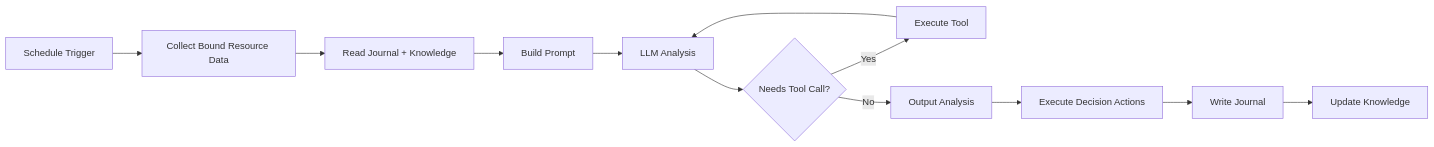
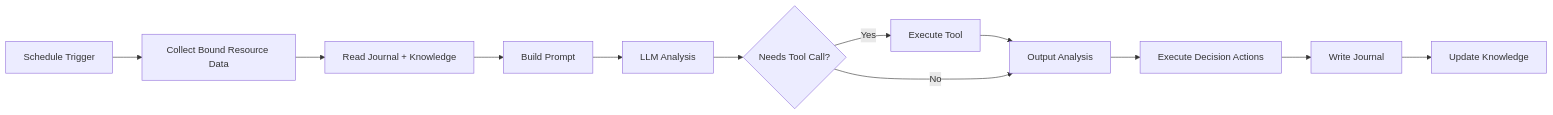
The diagram in i18n/en/docusaurus-plugin-content-docs/current/0-neomind/user-guide/6-ai-agent.md (luommy/wiki-documents), drawn with Mermaid before and after one commit. The commit also changed other lines of this file and 1 other file, not shown here.

Commit message:
fix(docs): remove dagre-crashing back-edge in AI Agent flowchart
The G→E back-edge created a cycle that crashed dagre's network-simplex
ranker with "Cannot read properties of undefined (reading 'v')".
Restructured to linear flow; added note about the iterative loop.

````diff
--- a/i18n/en/docusaurus-plugin-content-docs/current/0-neomind/user-guide/6-ai-agent.md
+++ b/i18n/en/docusaurus-plugin-content-docs/current/0-neomind/user-guide/6-ai-agent.md
@@ -101,14 +101,14 @@
 ```mermaid
 flowchart LR
     A[Schedule Trigger] --> B[Collect Bound Resource Data]
     B --> C[Read Journal + Knowledge]
     C --> D[Build Prompt]
     D --> E[LLM Analysis]
     E --> F{Needs Tool Call?}
     F -- Yes --> G[Execute Tool]
-    G --> E
-    F -- No --> H[Output Analysis]
+    G --> H[Output Analysis]
+    F -- No --> H
     H --> I[Execute Decision Actions]
     I --> J[Write Journal]
     J --> K[Update Knowledge]
 ```
````
